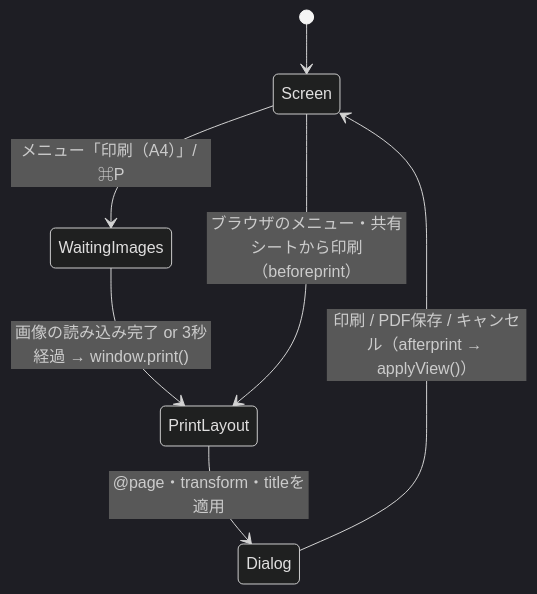
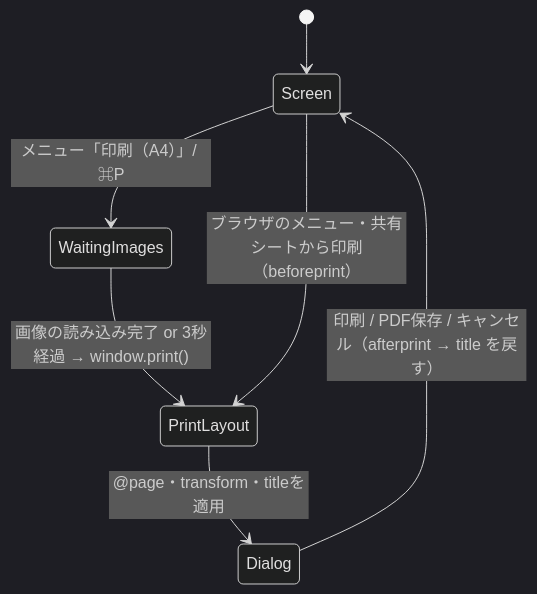
The diagram in docs/print-a4-design.md (luckpoint/gesture-mindmap), drawn with Mermaid (dark theme) before and after one commit. The commit also changed other lines of this file and 6 other files, not shown here.

````diff
--- a/docs/print-a4-design.md
+++ b/docs/print-a4-design.md
@@ -103,9 +104,9 @@
 ```mermaid
 stateDiagram-v2
     [*] --> Screen
     Screen --> WaitingImages: メニュー「印刷（A4）」/ ⌘P
     WaitingImages --> PrintLayout: 画像の読み込み完了 or 3秒経過 → window.print()
     Screen --> PrintLayout: ブラウザのメニュー・共有シートから印刷（beforeprint）
     PrintLayout --> Dialog: @page・transform・titleを適用
-    Dialog --> Screen: 印刷 / PDF保存 / キャンセル（afterprint → applyView()）
+    Dialog --> Screen: 印刷 / PDF保存 / キャンセル（afterprint → title を戻す）
 ```
````
